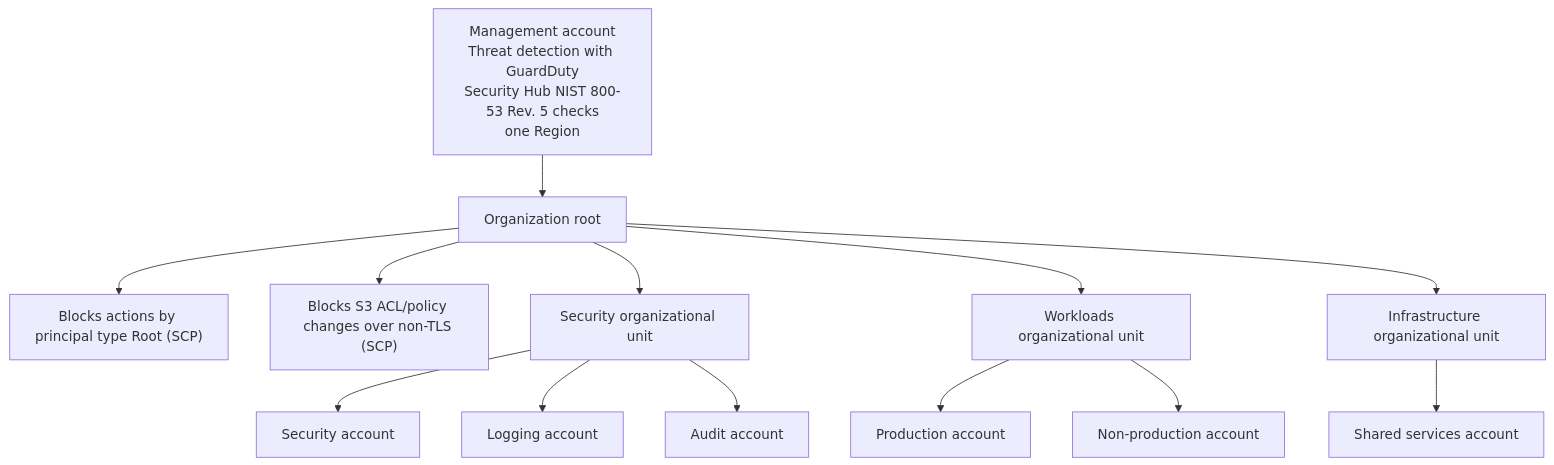
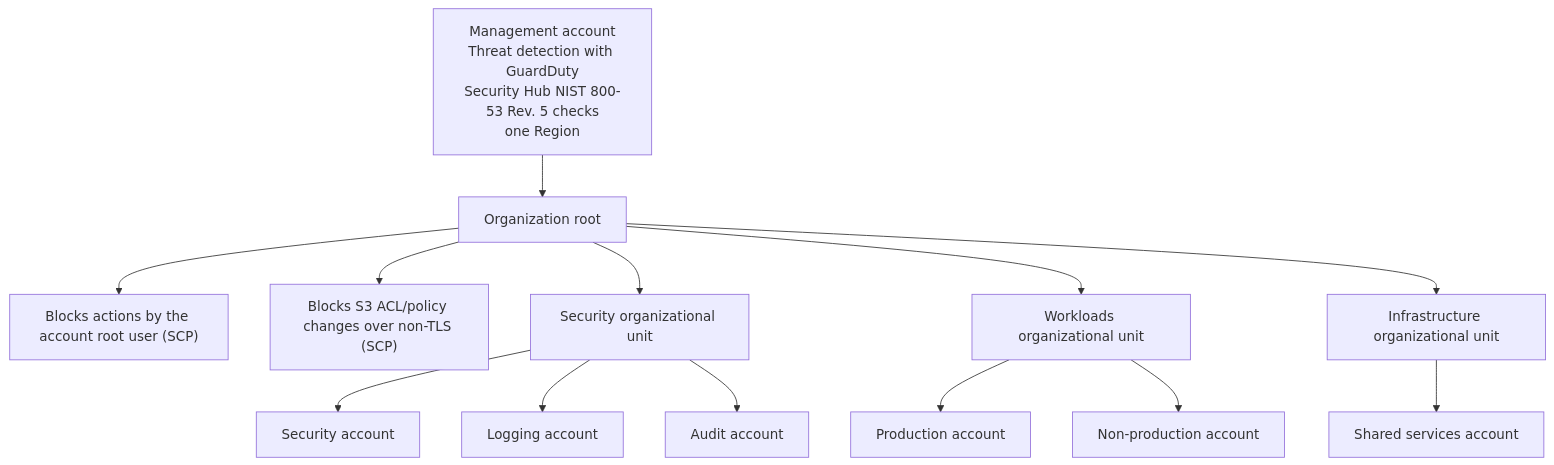
The diagram in README.md (CloudVeteran/Multi-Account-AWS-Landing-Zone-with-Enterprise-Guardrails), drawn with Mermaid before and after one commit. The commit also changed other lines of this file and 13 other files, not shown here.

First line of the commit message:
Deny root-user actions and store state in an encrypted, locked bucket. (#4)

````diff
--- a/README.md
+++ b/README.md
@@ -135,29 +181,29 @@
 ```mermaid
 flowchart TD
   Mgmt["Management account<br/>Threat detection with GuardDuty<br/>Security Hub NIST 800-53 Rev. 5 checks<br/>one Region"]
   Root["Organization root"]
-  ScpRoot["Blocks actions by principal type Root (SCP)"]
+  ScpRoot["Blocks actions by the account root user (SCP)"]
   ScpS3["Blocks S3 ACL/policy changes over non-TLS (SCP)"]
   SecOU["Security organizational unit"]
   WorkOU["Workloads organizational unit"]
   InfraOU["Infrastructure organizational unit"]
   SecurityAcct["Security account"]
   LoggingAcct["Logging account"]
   AuditAcct["Audit account"]
   ProdAcct["Production account"]
   NonProdAcct["Non-production account"]
   SharedAcct["Shared services account"]
 
   Mgmt --> Root
   Root --> ScpRoot
   Root --> ScpS3
   Root --> SecOU
   Root --> WorkOU
   Root --> InfraOU
   SecOU --> SecurityAcct
   SecOU --> LoggingAcct
   SecOU --> AuditAcct
   WorkOU --> ProdAcct
   WorkOU --> NonProdAcct
   InfraOU --> SharedAcct
 ```
````
